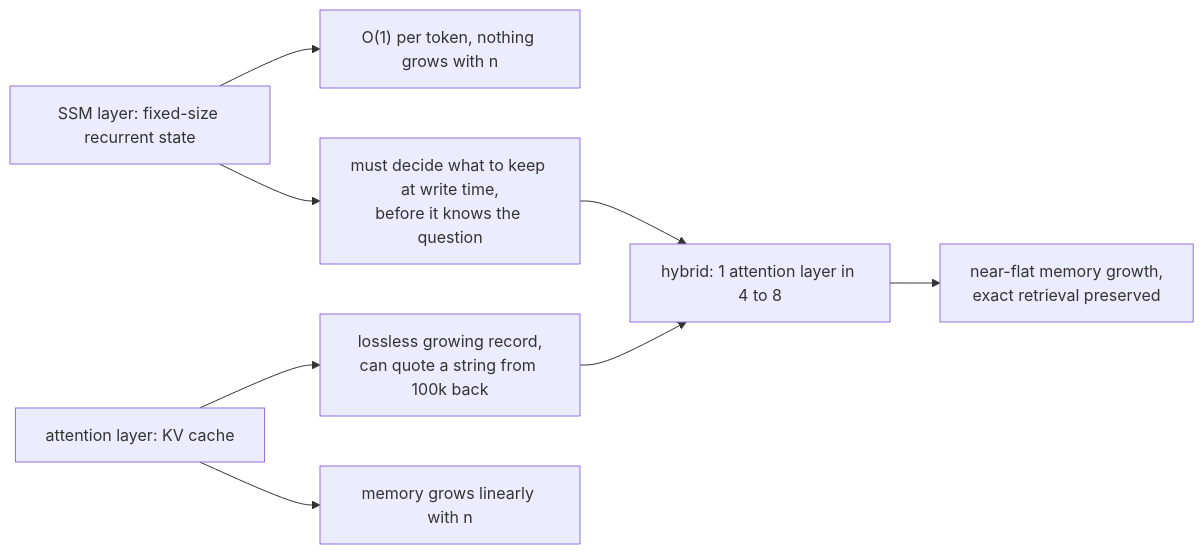
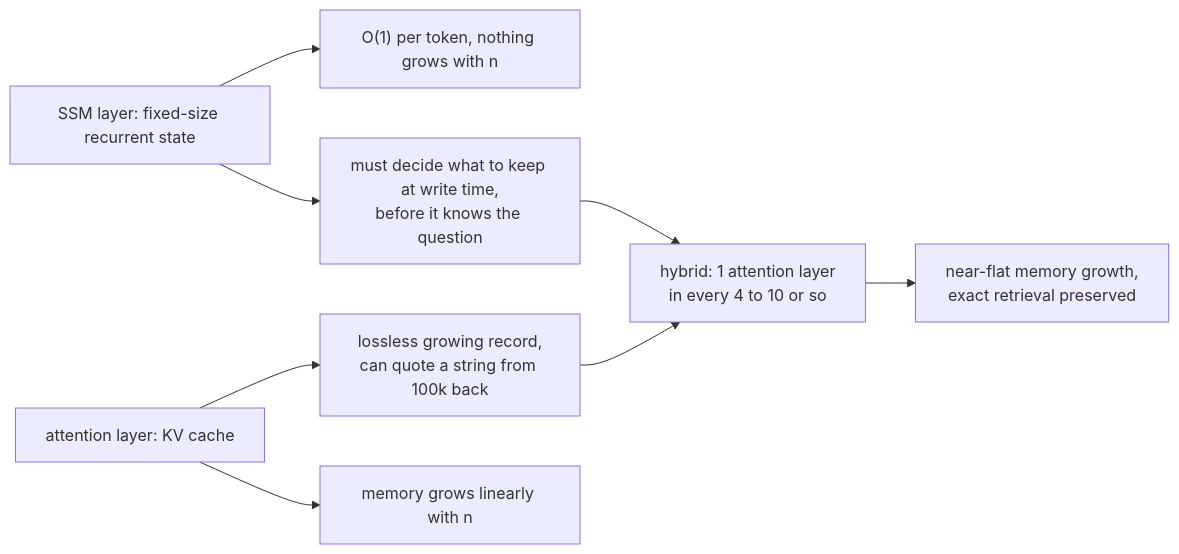
Diagram 26 of 34 in 02-llm-fundamentals/questions.md (mmousom/AI-Engineer-Interview-Questions), drawn with Mermaid before and after one commit. The commit also changed other lines of this file and 21 other files, not shown here.

````diff
--- a/02-llm-fundamentals/questions.md
+++ b/02-llm-fundamentals/questions.md
@@ -1120,10 +1143,10 @@
 ```mermaid
 flowchart LR
     A["SSM layer: fixed-size recurrent state"] --> B["O(1) per token, nothing grows with n"]
     A --> C["must decide what to keep at write time,<br/>before it knows the question"]
     D["attention layer: KV cache"] --> E["lossless growing record,<br/>can quote a string from 100k back"]
     D --> F["memory grows linearly with n"]
-    C --> HY["hybrid: 1 attention layer in 4 to 8"]
+    C --> HY["hybrid: 1 attention layer<br/>in every 4 to 10 or so"]
     E --> HY
     HY --> R["near-flat memory growth,<br/>exact retrieval preserved"]
 ```
````
